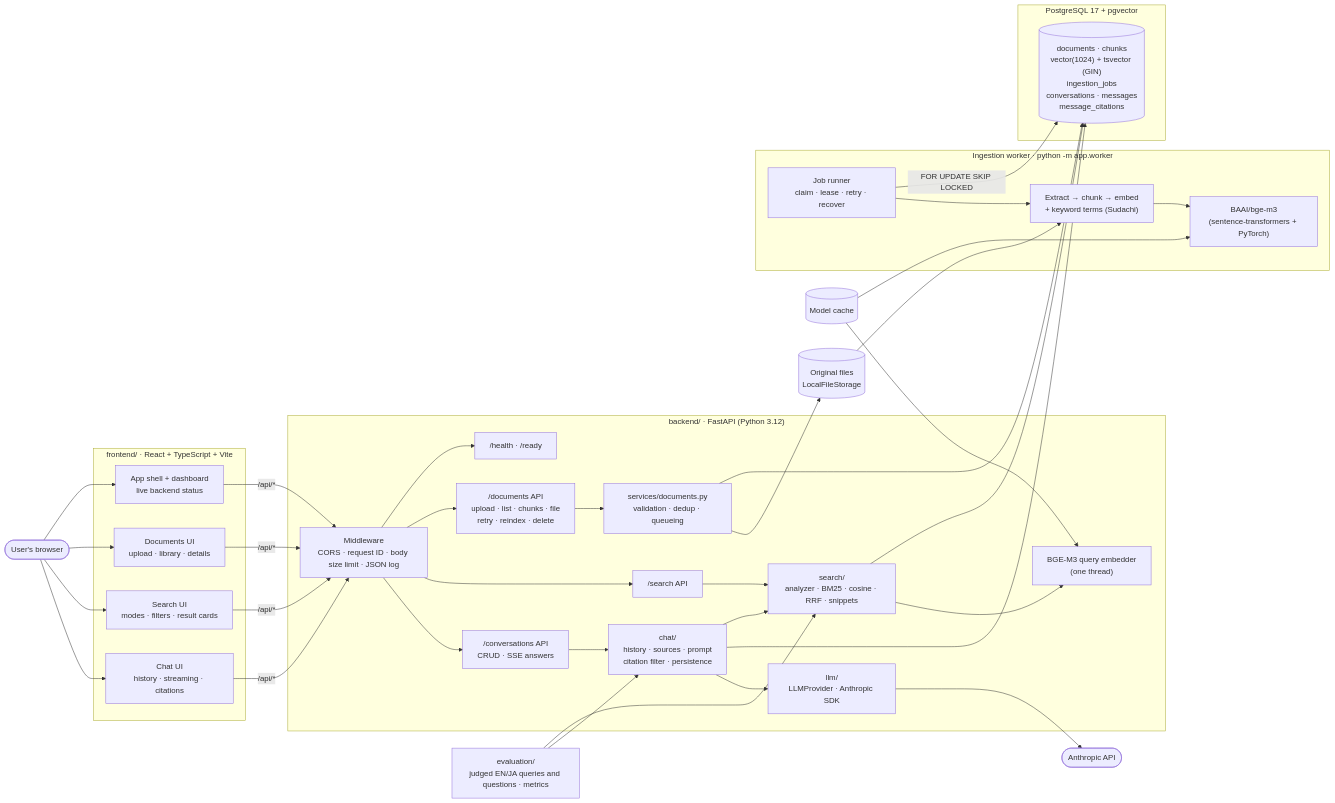
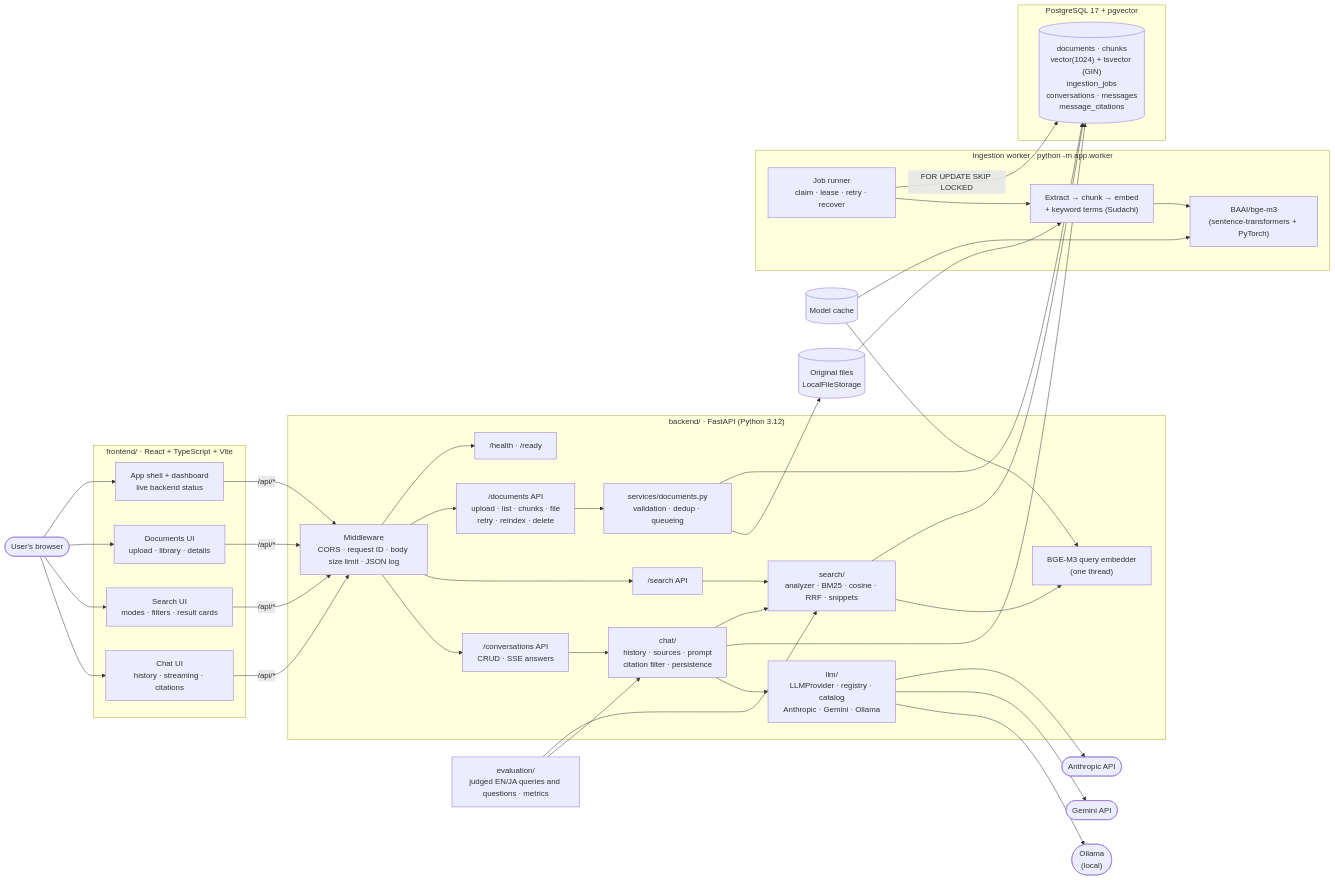
One commit to Yash01Negi/docs-rag-platform changed the first of 2 diagrams in docs/architecture.md. Above: the diagram before and after it, drawn with Mermaid. The commit also changed other lines of this file and 16 other files, not shown here.

````diff
--- a/docs/architecture.md
+++ b/docs/architecture.md
@@ -11,64 +11,67 @@
 ```mermaid
 flowchart LR
     user([User's browser])
 
     subgraph frontend["frontend/ · React + TypeScript + Vite"]
         shell["App shell + dashboard<br/>live backend status"]
         docsui["Documents UI<br/>upload · library · details"]
         searchui["Search UI<br/>modes · filters · result cards"]
         chatui["Chat UI<br/>history · streaming · citations"]
     end
 
     subgraph backend["backend/ · FastAPI (Python 3.12)"]
         mw["Middleware<br/>CORS · request ID · body size limit · JSON log"]
         health["/health · /ready"]
         docsapi["/documents API<br/>upload · list · chunks · file<br/>retry · reindex · delete"]
         svc["services/documents.py<br/>validation · dedup · queueing"]
         searchapi["/search API"]
         search["search/<br/>analyzer · BM25 · cosine · RRF · snippets"]
         qmodel["BGE-M3 query embedder<br/>(one thread)"]
         chatapi["/conversations API<br/>CRUD · SSE answers"]
         chat["chat/<br/>history · sources · prompt<br/>citation filter · persistence"]
-        llmp["llm/<br/>LLMProvider · Anthropic SDK"]
+        llmp["llm/<br/>LLMProvider · registry · catalog<br/>Anthropic · Gemini · Ollama"]
     end
 
     subgraph workerp["Ingestion worker · python -m app.worker"]
         runner["Job runner<br/>claim · lease · retry · recover"]
         pipe["Extract → chunk → embed<br/>+ keyword terms (Sudachi)"]
         model["BAAI/bge-m3<br/>(sentence-transformers + PyTorch)"]
     end
 
     subgraph data["PostgreSQL 17 + pgvector"]
         pg[("documents · chunks<br/>vector(1024) + tsvector (GIN)<br/>ingestion_jobs<br/>conversations · messages<br/>message_citations")]
     end
 
     files[("Original files<br/>LocalFileStorage")]
     cache[("Model cache")]
 
     evalh["evaluation/<br/>judged EN/JA queries and questions · metrics"]
     anthropic(["Anthropic API"])
+    gemini(["Gemini API"])
+    ollama(["Ollama<br/>(local)"])
 
     user --> shell
     user --> docsui
     user --> searchui
     user --> chatui
     shell & docsui & searchui & chatui -- "/api/*" --> mw
     mw --> health & docsapi & searchapi & chatapi
     chatapi --> chat
     chat --> search
     chat --> pg
-    chat --> llmp --> anthropic
+    chat --> llmp
+    llmp --> anthropic & gemini & ollama
     searchapi --> search --> pg
     search --> qmodel
     cache --> qmodel
     docsapi --> svc
     svc --> pg
     svc --> files
     runner -- "FOR UPDATE SKIP LOCKED" --> pg
     runner --> pipe --> model
     files --> pipe
     cache --> model
 
     evalh --> search
     evalh --> chat
 ```
````
